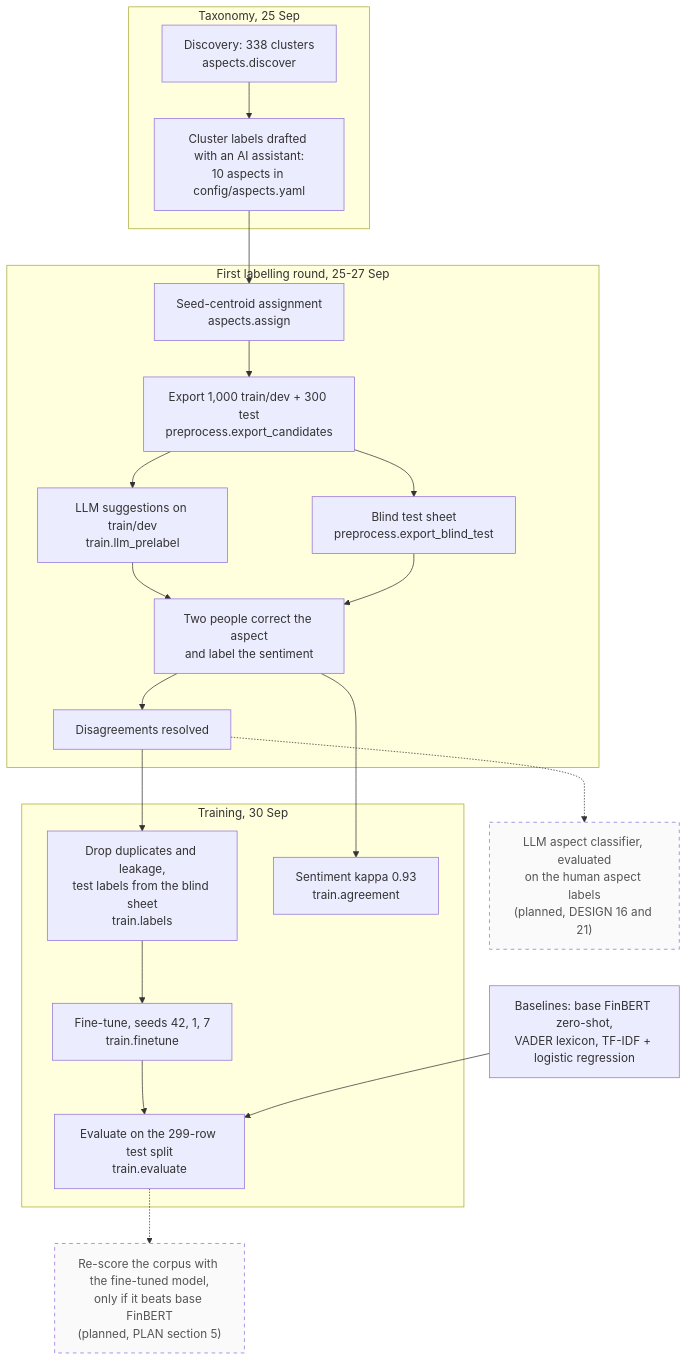
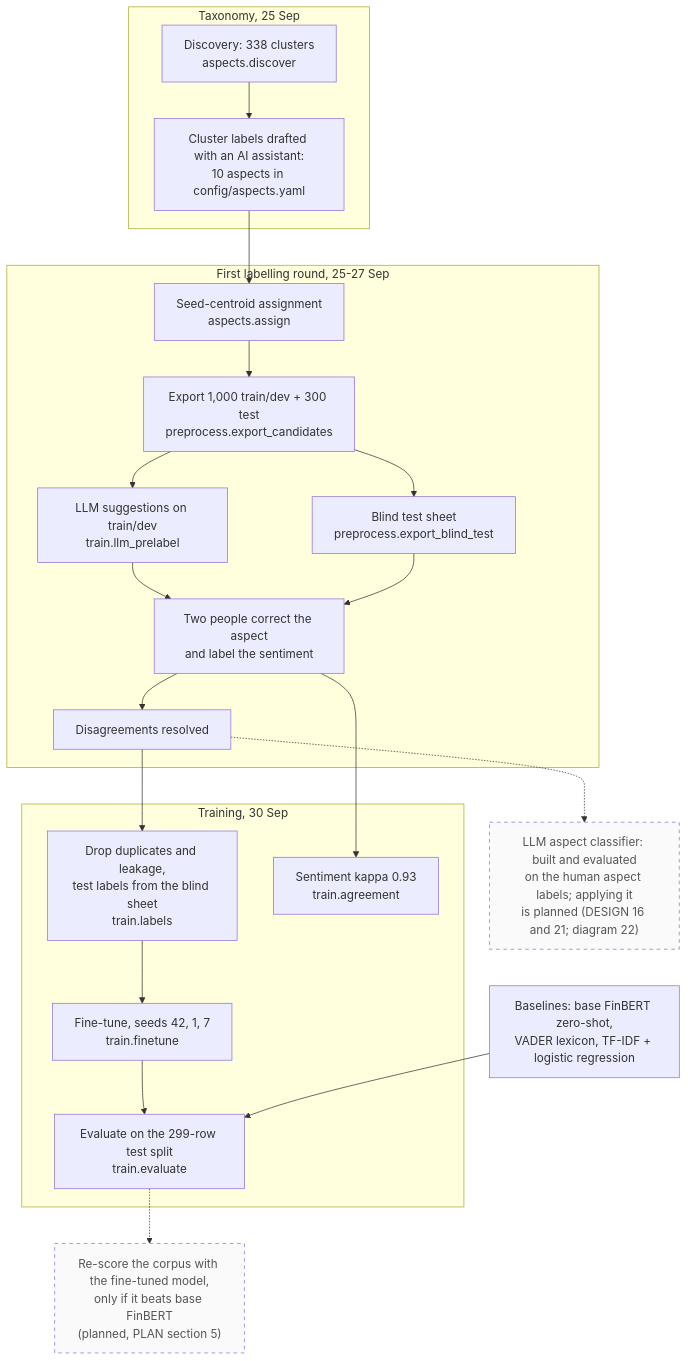
One commit to Gavingyh/plp-project changed the diagram in docs/diagrams/src/09-labelling-training.mmd. Above: the diagram before and after it, drawn with Mermaid. The commit also changed 18 other files, not shown here.

First line of the commit message:
Document the approach: training, tuning and evaluation, with diagrams

```diff
--- a/docs/diagrams/src/09-labelling-training.mmd
+++ b/docs/diagrams/src/09-labelling-training.mmd
@@ -1,40 +1,40 @@
 flowchart TB
   accTitle: Labelling and training workflow
-  accDescr: The taxonomy came from labelling 338 discovery clusters. Candidates were assigned, exported with a blind test sheet, labelled by two people and resolved. The labels were cleaned, agreement measured, and FinBERT fine-tuned over three seeds and evaluated against baselines. An LLM aspect classifier and re-scoring the corpus are planned.
+  accDescr: The taxonomy came from labelling 338 discovery clusters. Candidates were assigned, exported with a blind test sheet, labelled by two people and resolved. The labels were cleaned, agreement measured, and FinBERT fine-tuned over three seeds and evaluated against baselines. An LLM aspect classifier is built and evaluated; applying it and re-scoring the corpus are planned.
 
   subgraph tax["Taxonomy, 25 Sep"]
     disc["Discovery: 338 clusters<br/>aspects.discover"]
     lab["Cluster labels drafted with an AI assistant:<br/>10 aspects in config/aspects.yaml"]
   end
 
   subgraph round["First labelling round, 25-27 Sep"]
     asg["Seed-centroid assignment<br/>aspects.assign"]
     exp["Export 1,000 train/dev + 300 test<br/>preprocess.export_candidates"]
     pre["LLM suggestions on train/dev<br/>train.llm_prelabel"]
     blind["Blind test sheet<br/>preprocess.export_blind_test"]
     two["Two people correct the aspect<br/>and label the sentiment"]
     res["Disagreements resolved"]
   end
 
   subgraph use["Training, 30 Sep"]
     clean["Drop duplicates and leakage,<br/>test labels from the blind sheet<br/>train.labels"]
     agree["Sentiment kappa 0.93<br/>train.agreement"]
     ft["Fine-tune, seeds 42, 1, 7<br/>train.finetune"]
     ev["Evaluate on the 299-row test split<br/>train.evaluate"]
   end
 
   base["Baselines: base FinBERT zero-shot,<br/>VADER lexicon, TF-IDF + logistic regression"]
-  llm["LLM aspect classifier, evaluated<br/>on the human aspect labels<br/>(planned, DESIGN 16 and 21)"]
+  llm["LLM aspect classifier: built and evaluated<br/>on the human aspect labels; applying it<br/>is planned (DESIGN 16 and 21; diagram 22)"]
   rescore["Re-score the corpus with the fine-tuned model,<br/>only if it beats base FinBERT<br/>(planned, PLAN section 5)"]
 
   disc --> lab --> asg --> exp
   exp --> pre --> two
   exp --> blind --> two
   two --> res --> clean --> ft --> ev
   two --> agree
   base --> ev
   res -.-> llm
   ev -.-> rescore
 
   classDef planned stroke-dasharray: 5 5,color:#555,fill:#fafafa;
   class llm,rescore planned;
```
